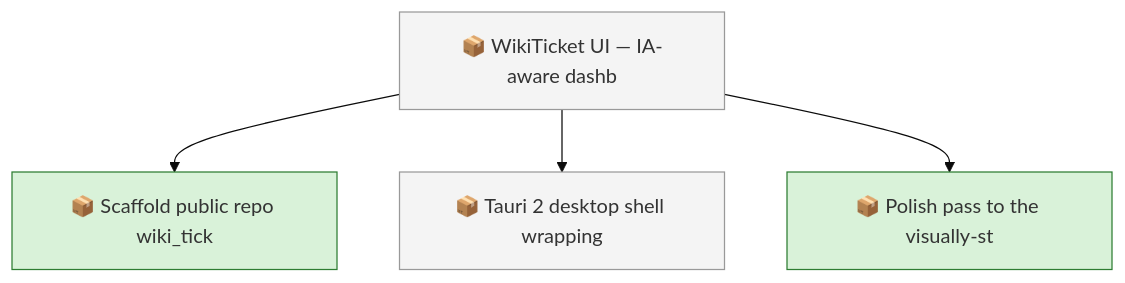
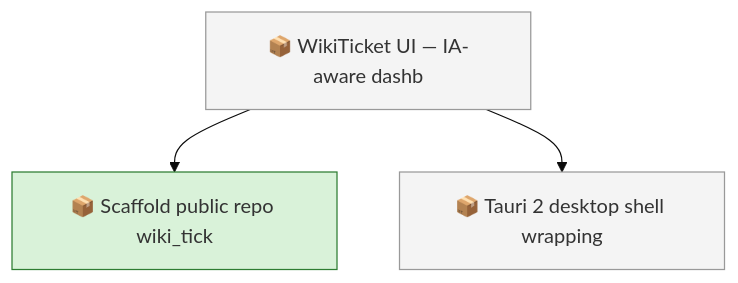
One commit to SpillwaveSolutions/wiki_ticket_sdd_ui changed the first of 2 diagrams in docs/roadmap.md. Above: the diagram before and after it, drawn with Mermaid (base theme). The commit also changed other lines of this file and 34 other files, not shown here.

First line of the commit message:
polish: shared helpers, GFM tables, lazy mermaid, focus rings, static serving, README with screenshots (#8)

````diff
--- a/docs/roadmap.md
+++ b/docs/roadmap.md
@@ -45,14 +44,12 @@
 ```mermaid
 graph TD
     01KY5ZZX8Y6N7E5YQYP4X1V7VA["📦 Scaffold public repo wiki_tick"]
     01KY5ZZX8YXD5YDJKQGJ3VCCHN["📦 WikiTicket UI — IA-aware dashb"]
     01KY5ZZX8Z46K7BCSPPFKN23JZ["📦 Tauri 2 desktop shell wrapping"]
-    01KY5ZZX8ZYPXTMVCGX4AAZQSG["📦 Polish pass to the visually-st"]
     01KY5ZZX8YXD5YDJKQGJ3VCCHN --> 01KY5ZZX8Y6N7E5YQYP4X1V7VA
     01KY5ZZX8YXD5YDJKQGJ3VCCHN --> 01KY5ZZX8Z46K7BCSPPFKN23JZ
-    01KY5ZZX8YXD5YDJKQGJ3VCCHN --> 01KY5ZZX8ZYPXTMVCGX4AAZQSG
     classDef todo fill:#f4f4f4,stroke:#999999
     class 01KY5ZZX8YXD5YDJKQGJ3VCCHN,01KY5ZZX8Z46K7BCSPPFKN23JZ todo
     classDef in_progress fill:#d9f2d9,stroke:#2e7d32
-    class 01KY5ZZX8Y6N7E5YQYP4X1V7VA,01KY5ZZX8ZYPXTMVCGX4AAZQSG in_progress
+    class 01KY5ZZX8Y6N7E5YQYP4X1V7VA in_progress
 ```
````
